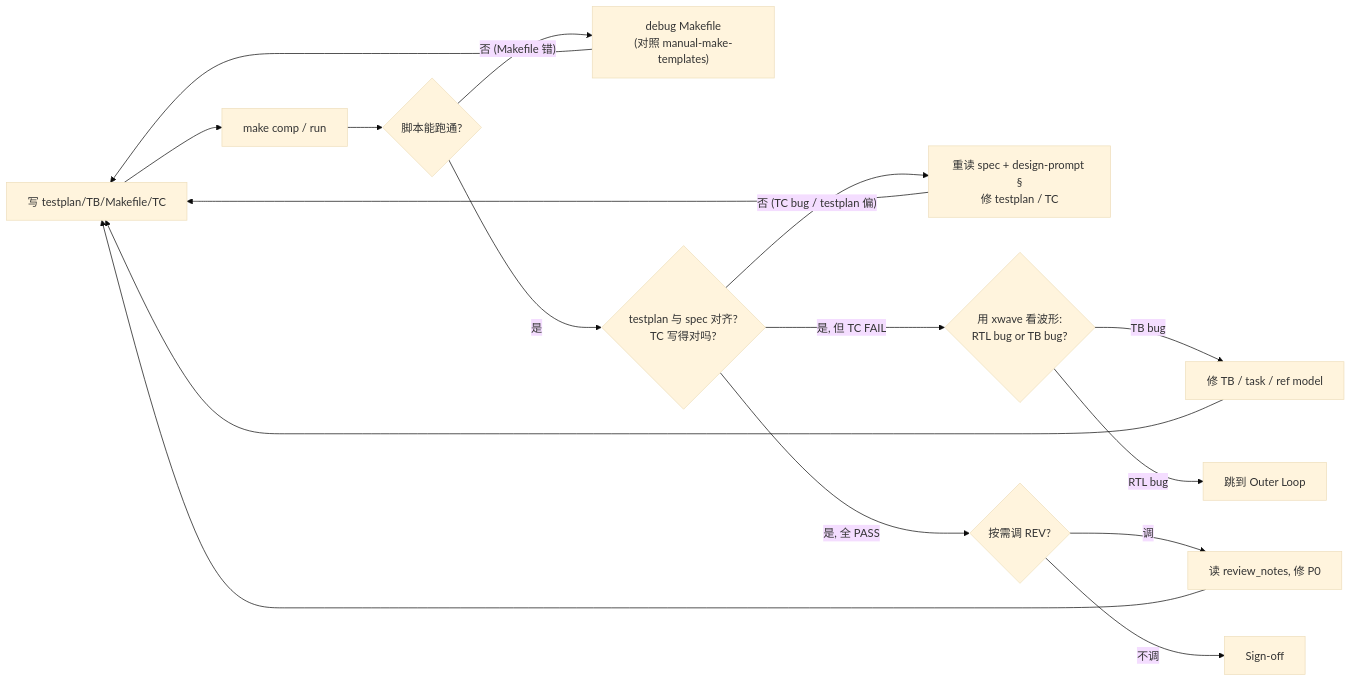
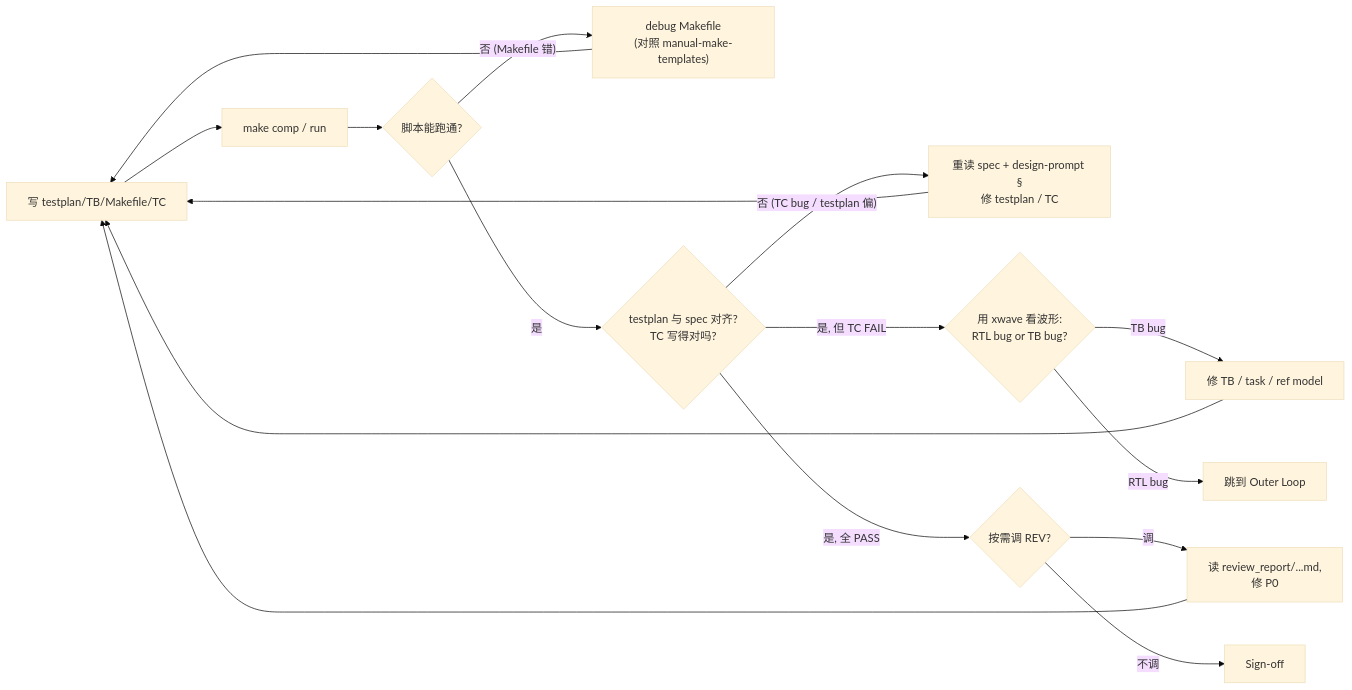
The diagram in ppa-lab-copilot/agents/dv-engineer.md (AArlert/rkv_v1pro_labs), drawn with Mermaid (base theme) before and after one commit. The commit also changed other lines of this file and 14 other files, not shown here.

First line of the commit message:
feat(ppa-lab-copilot): workflow v3 — state.md merge, review_report/ dir, orchestrator memory

````diff
--- a/ppa-lab-copilot/agents/dv-engineer.md
+++ b/ppa-lab-copilot/agents/dv-engineer.md
@@ -72,14 +72,14 @@
 ```mermaid
 flowchart LR
     D1["写 testplan/TB/Makefile/TC"] --> D2["make comp / run"]
     D2 --> D3{"脚本能跑通?"}
     D3 -- "否 (Makefile 错)" --> D4["debug Makefile<br/>(对照 manual-make-templates)"] --> D1
     D3 -- "是" --> D5{"testplan 与 spec 对齐?<br/>TC 写得对吗?"}
     D5 -- "否 (TC bug / testplan 偏)" --> D6["重读 spec + design-prompt §<br/>修 testplan / TC"] --> D1
     D5 -- "是, 但 TC FAIL" --> D7{"用 xwave 看波形:<br/>RTL bug or TB bug?"}
     D7 -- "TB bug" --> D8["修 TB / task / ref model"] --> D1
     D7 -- "RTL bug" --> D9["跳到 Outer Loop"]
     D5 -- "是, 全 PASS" --> D10{"按需调 REV?"}
-    D10 -- "调" --> D11["读 review_notes, 修 P0"] --> D1
+    D10 -- "调" --> D11["读 review_report/...md,<br/>修 P0"] --> D1
     D10 -- "不调" --> D12["Sign-off"]
 ```
````
